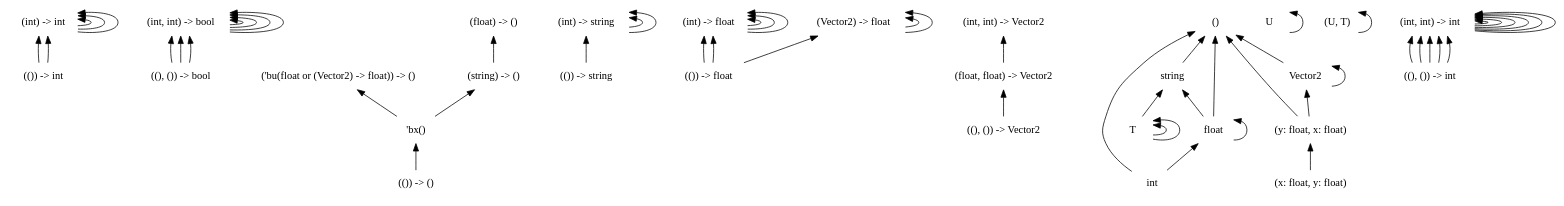
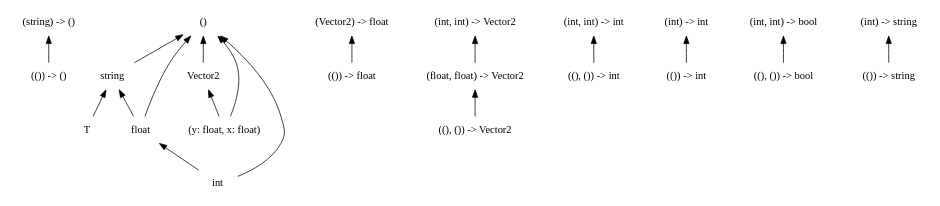
One commit to chocobo333/regino changed the diagram in dots/9.dot. Above: the diagram before and after it, drawn with Graphviz. The commit also changed 40 other files, not shown here.

```diff
--- a/dots/9.dot
+++ b/dots/9.dot
@@ -1,97 +1,50 @@
 digraph order {
   graph [
     size = "30,10"
     ];
   node [
     shape = none
     ];
   edge [
     dir = back
     ];
-  "(()) -> int"
-  "(int) -> int"
-  "((), ()) -> bool"
-  "(int, int) -> bool"
   "(string) -> ()"
-  "(()) -> string"
-  "(int) -> string"
-  "(()) -> float"
-  "(int) -> float"
   "(()) -> ()"
-  "(Vector2) -> float"
-  "((), ()) -> Vector2"
-  "(float, float) -> Vector2"
-  "(float) -> ()"
-  "('bu(float or (Vector2) -> float)) -> ()"
   "string"
   "Vector2"
+  "(()) -> float"
+  "T"
+  "((), ()) -> Vector2"
   "(int, int) -> Vector2"
+  "((), ()) -> int"
+  "(int) -> int"
+  "(int, int) -> int"
+  "()"
+  "(int, int) -> bool"
+  "(float, float) -> Vector2"
+  "(()) -> string"
+  "(Vector2) -> float"
   "(y: float, x: float)"
-  "T"
-  "U"
-  "T"
-  "T"
-  "()"
-  "(U, T)"
-  "'bx()"
+  "(int) -> string"
   "float"
+  "(()) -> int"
   "int"
-  "((), ()) -> int"
-  "(int, int) -> int"
-  "(float, float) -> Vector2" -> "((), ()) -> Vector2"
-  "(int, int) -> Vector2" -> "(float, float) -> Vector2"
-  "(int, int) -> int" -> "((), ()) -> int"
-  "(int, int) -> int" -> "((), ()) -> int"
-  "(int, int) -> int" -> "((), ()) -> int"
-  "(int, int) -> int" -> "(int, int) -> int"
-  "(int, int) -> int" -> "((), ()) -> int"
-  "(int, int) -> int" -> "((), ()) -> int"
-  "(int, int) -> int" -> "(int, int) -> int"
-  "(int) -> int" -> "(int) -> int"
-  "(int) -> int" -> "(()) -> int"
-  "(int) -> int" -> "(()) -> int"
-  "(int) -> int" -> "(int) -> int"
-  "(int, int) -> int" -> "(int, int) -> int"
-  "(int) -> int" -> "(int) -> int"
-  "(int, int) -> int" -> "(int, int) -> int"
-  "(int, int) -> bool" -> "((), ()) -> bool"
-  "(int, int) -> bool" -> "(int, int) -> bool"
-  "(int, int) -> bool" -> "((), ()) -> bool"
-  "(int, int) -> bool" -> "((), ()) -> bool"
-  "(int, int) -> bool" -> "(int, int) -> bool"
-  "(int, int) -> bool" -> "(int, int) -> bool"
-  "(int) -> string" -> "(()) -> string"
-  "(int) -> string" -> "(int) -> string"
-  "(int) -> string" -> "(int) -> string"
-  "(float) -> ()" -> "(string) -> ()"
+  "((), ()) -> bool"
+  "(string) -> ()" -> "(()) -> ()"
   "string" -> "T"
   "string" -> "float"
-  "Vector2" -> "Vector2"
   "Vector2" -> "(y: float, x: float)"
-  "(int, int) -> bool" -> "(int, int) -> bool"
-  "(int, int) -> int" -> "(int, int) -> int"
-  "(int, int) -> int" -> "(int, int) -> int"
-  "(int) -> float" -> "(()) -> float"
-  "(int) -> float" -> "(()) -> float"
-  "(int) -> float" -> "(int) -> float"
-  "(int) -> float" -> "(int) -> float"
-  "(int) -> float" -> "(int) -> float"
-  "('bu(float or (Vector2) -> float)) -> ()" -> "'bx()"
-  "(string) -> ()" -> "'bx()"
-  "(y: float, x: float)" -> "(x: float, y: float)"
-  "T" -> "T"
-  "U" -> "U"
-  "T" -> "T"
+  "(int, int) -> Vector2" -> "(float, float) -> Vector2"
+  "(int) -> int" -> "(()) -> int"
+  "(int, int) -> int" -> "((), ()) -> int"
   "()" -> "string"
   "()" -> "Vector2"
   "()" -> "(y: float, x: float)"
   "()" -> "float"
   "()" -> "int"
-  "(U, T)" -> "(U, T)"
-  "'bx()" -> "(()) -> ()"
-  "float" -> "float"
+  "(int, int) -> bool" -> "((), ()) -> bool"
+  "(float, float) -> Vector2" -> "((), ()) -> Vector2"
+  "(Vector2) -> float" -> "(()) -> float"
+  "(int) -> string" -> "(()) -> string"
   "float" -> "int"
-  "(Vector2) -> float" -> "(()) -> float"
-  "(Vector2) -> float" -> "(Vector2) -> float"
-  "(Vector2) -> float" -> "(Vector2) -> float"
 }
```
